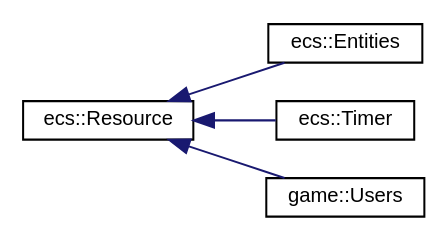
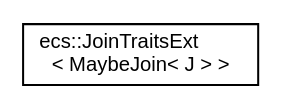
Before and after one commit to MisterPeModder/Bomberman-Global-Offensive: the diagram in inherit_graph_14.dot, drawn with Graphviz. The commit also changed 270 other files, not shown here.

```diff
--- a/inherit_graph_14.dot
+++ b/inherit_graph_14.dot
@@ -1,14 +1,8 @@
 digraph "Graphical Class Hierarchy"
 {
  // LATEX_PDF_SIZE
   edge [fontname="Helvetica",fontsize="10",labelfontname="Helvetica",labelfontsize="10"];
   node [fontname="Helvetica",fontsize="10",shape=record];
   rankdir="LR";
-  Node0 [label="ecs::Resource",height=0.2,width=0.4,color="black", fillcolor="white", style="filled",URL="$classecs_1_1_resource.html",tooltip=" "];
-  Node0 -> Node1 [dir="back",color="midnightblue",fontsize="10",style="solid",fontname="Helvetica"];
-  Node1 [label="ecs::Entities",height=0.2,width=0.4,color="black", fillcolor="white", style="filled",URL="$classecs_1_1_entities.html",tooltip="The entities world resource."];
-  Node0 -> Node2 [dir="back",color="midnightblue",fontsize="10",style="solid",fontname="Helvetica"];
-  Node2 [label="ecs::Timer",height=0.2,width=0.4,color="black", fillcolor="white", style="filled",URL="$classecs_1_1_timer.html",tooltip="Simple timer resource."];
-  Node0 -> Node3 [dir="back",color="midnightblue",fontsize="10",style="solid",fontname="Helvetica"];
-  Node3 [label="game::Users",height=0.2,width=0.4,color="black", fillcolor="white", style="filled",URL="$classgame_1_1_users.html",tooltip="Resource allowing to get users actions using the keybinds."];
+  Node0 [label="ecs::JoinTraitsExt\l\< MaybeJoin\< J \> \>",height=0.2,width=0.4,color="black", fillcolor="white", style="filled",URL="$structecs_1_1_join_traits_ext_3_01_maybe_join_3_01_j_01_4_01_4.html",tooltip=" "];
 }
```
